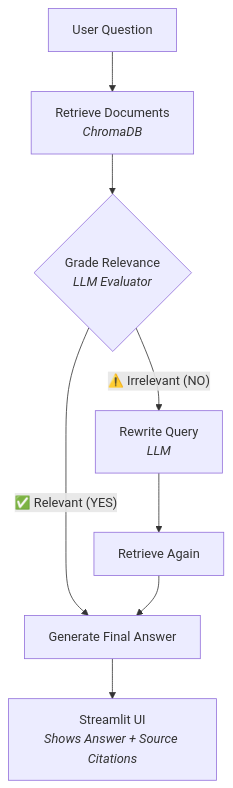
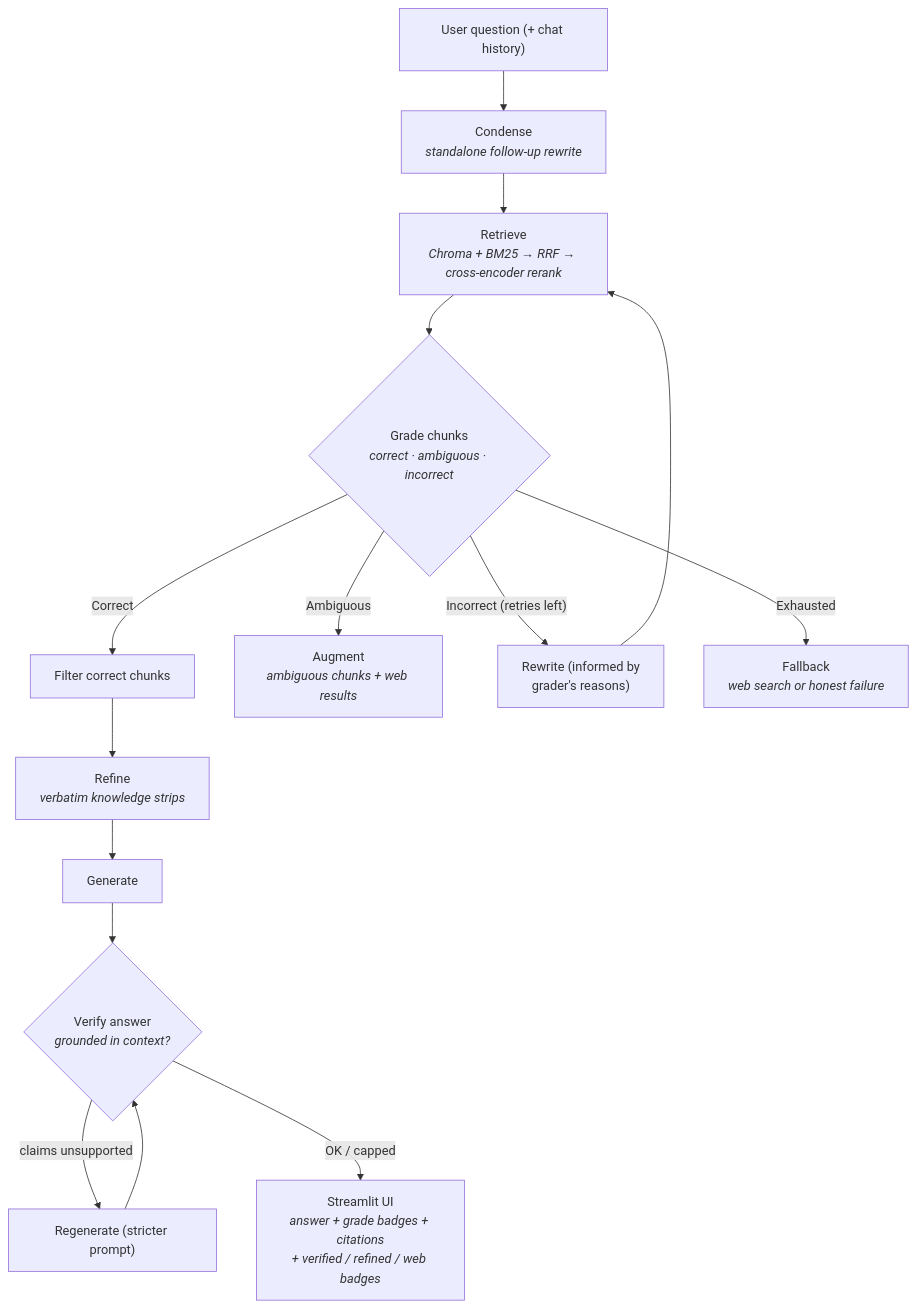
The diagram in README.md (neerajguduru/Corrective-RAG), drawn with Mermaid before and after one commit. The commit also changed other lines of this file and 9 other files, not shown here.

````diff
--- a/README.md
+++ b/README.md
@@ -26,13 +49,23 @@
 ```mermaid
 flowchart TD
-    Q[User Question] --> R[Retrieve Documents<br><i>ChromaDB</i>]
-    R --> G{Grade Relevance<br><i>LLM Evaluator</i>}
-    
-    G -- "✅ Relevant (YES)" --> A[Generate Final Answer]
-    G -- "⚠️ Irrelevant (NO)" --> RW[Rewrite Query<br><i>LLM</i>]
-    
-    RW --> R2[Retrieve Again]
-    R2 --> A
-    
-    A --> UI[Streamlit UI<br><i>Shows Answer + Source Citations</i>]
+    Q["User question (+ chat history)"]
+    --> CD["Condense<br><i>standalone follow-up rewrite</i>"]
+    --> R["Retrieve<br><i>Chroma + BM25 → RRF → cross-encoder rerank</i>"]
+    --> G{"Grade chunks<br><i>correct · ambiguous · incorrect</i>"}
+
+    G -- "Correct" --> F["Filter correct chunks"]
+    F --> RF["Refine<br><i>verbatim knowledge strips</i>"]
+    RF --> GN["Generate"]
+
+    G -- "Ambiguous" --> AU["Augment<br><i>ambiguous chunks + web results</i>"]
+
+    G -- "Incorrect (retries left)" --> RW["Rewrite (informed by<br>grader's reasons)"]
+    RW --> R
+
+    G -- "Exhausted" --> FB["Fallback<br><i>web search or honest failure</i>"]
+
+    GN --> V{"Verify answer<br><i>grounded in context?</i>"}
+    V -- "claims unsupported" --> RG["Regenerate (stricter prompt)"]
+    RG --> V
+    V -- "OK / capped" --> OUT["Streamlit UI<br/><i>answer + grade badges + citations<br/>+ verified / refined / web badges</i>"]
 ```
````
